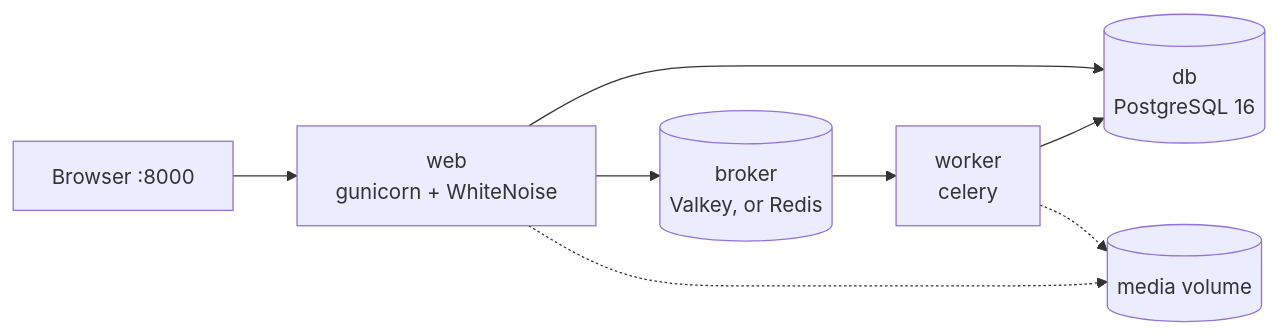
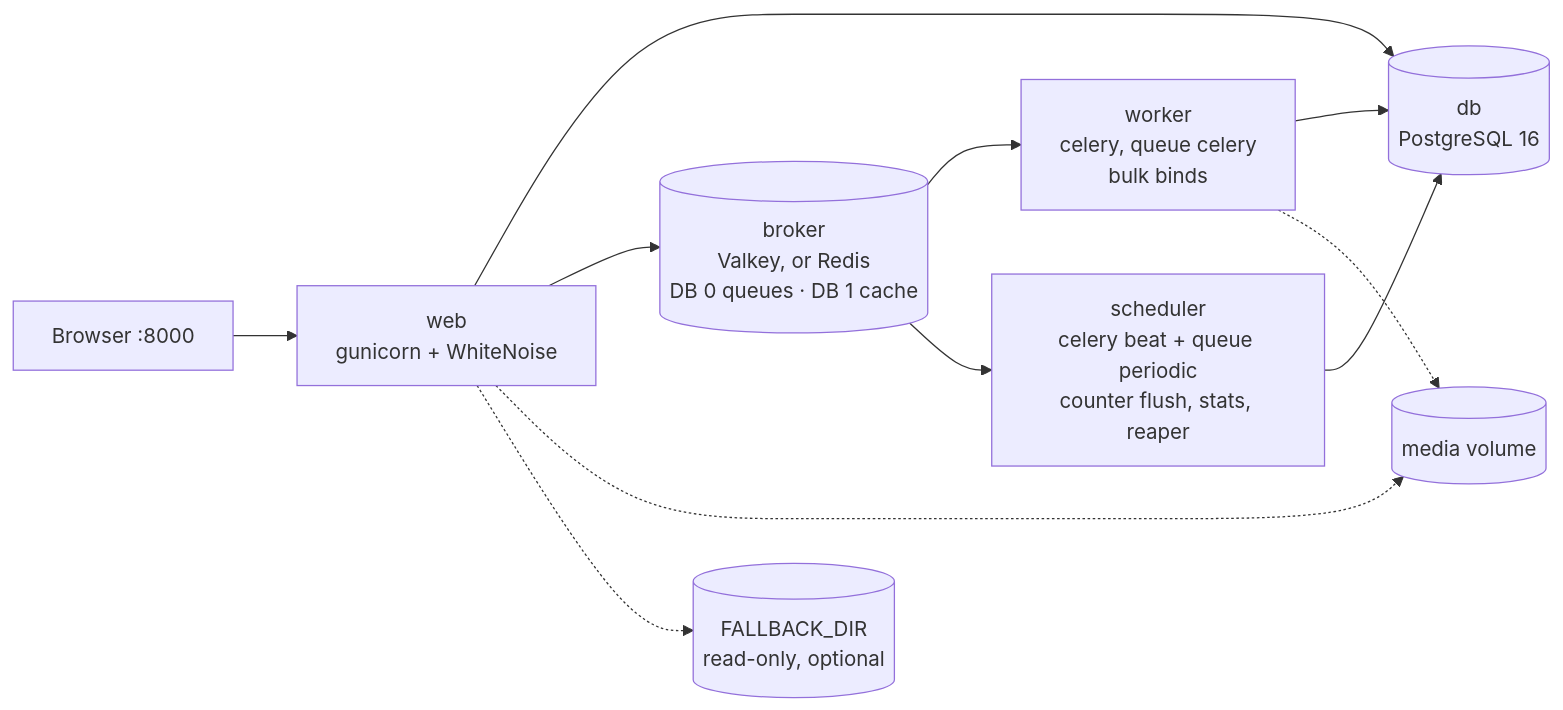
Before and after one commit to digitalutsc/arks-service: the third of 11 diagrams in docs/README_EXTENDED.md, drawn with Mermaid. The commit also changed other lines of this file and 8 other files, not shown here.

````diff
--- a/docs/README_EXTENDED.md
+++ b/docs/README_EXTENDED.md
@@ -126,10 +126,13 @@
 ```mermaid
 flowchart LR
     B["Browser :8000"] --> W["web<br/>gunicorn + WhiteNoise"]
     W --> P[("db<br/>PostgreSQL 16")]
-    W --> R[("broker<br/>Valkey, or Redis")]
-    R --> K["worker<br/>celery"]
+    W --> R[("broker<br/>Valkey, or Redis<br/>DB 0 queues · DB 1 cache")]
+    R --> K["worker<br/>celery, queue celery<br/>bulk binds"]
+    R --> C["scheduler<br/>celery beat + queue periodic<br/>counter flush, stats, reaper"]
     K --> P
+    C --> P
     W -.-> V[("media volume")]
     K -.-> V
+    W -.-> F[("FALLBACK_DIR<br/>read-only, optional")]
 ```
````
